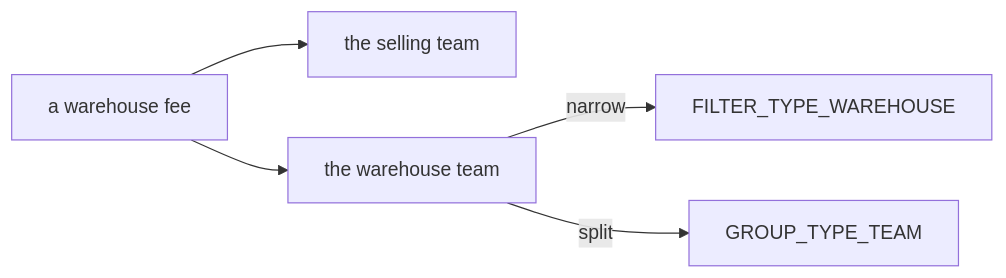
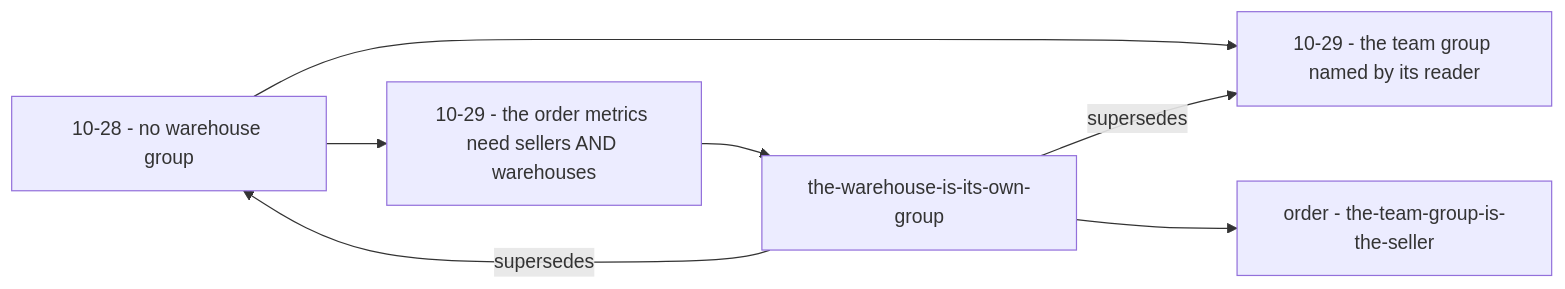
Before and after one commit to pdcgo/warehouse_revamp: the first of 3 diagrams in docs/business/analytic/rpc_provide_clarify.md, drawn with Mermaid. The commit also changed other lines of this file and 21 other files, not shown here.

First line of the commit message:
feat(analytic): field stat types, the picker follows the metric tree, and the order metrics designed

````diff
--- a/docs/business/analytic/rpc_provide_clarify.md
+++ b/docs/business/analytic/rpc_provide_clarify.md
@@ -51,7 +70,9 @@
 ```mermaid
 flowchart LR
-  fee["a warehouse fee"] --> s["the selling team"]
-  fee --> w["the warehouse team"]
-  w -->|"narrow"| fw["FILTER_TYPE_WAREHOUSE"]
-  w -->|"split"| gt["GROUP_TYPE_TEAM"]
+  a["10-28 - no warehouse group"] --> b["10-29 - the team group named by its reader"]
+  a --> c["10-29 - the order metrics need sellers AND warehouses"]
+  c --> d["the-warehouse-is-its-own-group"]
+  d -->|"supersedes"| a
+  d -->|"supersedes"| b
+  d --> e["order - the-team-group-is-the-seller"]
 ```
````
